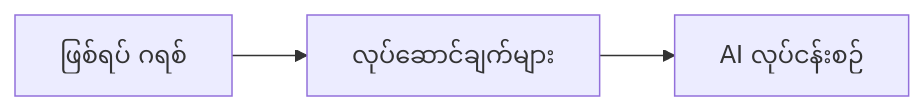
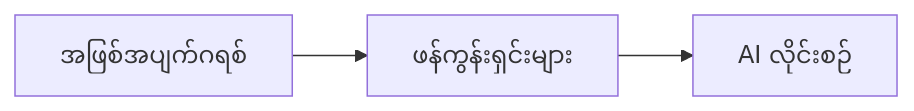
One commit to microsoft/AZD-for-beginners changed the second of 2 diagrams in translations/my/docs/chapter-08-production/README.md. Above: the diagram before and after it, drawn with Mermaid. The commit also changed other lines of this file and 59 other files, not shown here.

````diff
--- a/translations/my/docs/chapter-08-production/README.md
+++ b/translations/my/docs/chapter-08-production/README.md
@@ -57,4 +57,4 @@
 ```mermaid
 graph LR
-    EventGrid[ဖြစ်ရပ် ဂရစ်] --> Functions[လုပ်ဆောင်ချက်များ] --> Pipeline[AI လုပ်ငန်းစဉ်]
+    EventGrid[အဖြစ်အပျက်ဂရစ်] --> Functions[ဖန်ကွန်းရှင်းများ] --> Pipeline[AI လိုင်းစဉ်]
 ```
````
